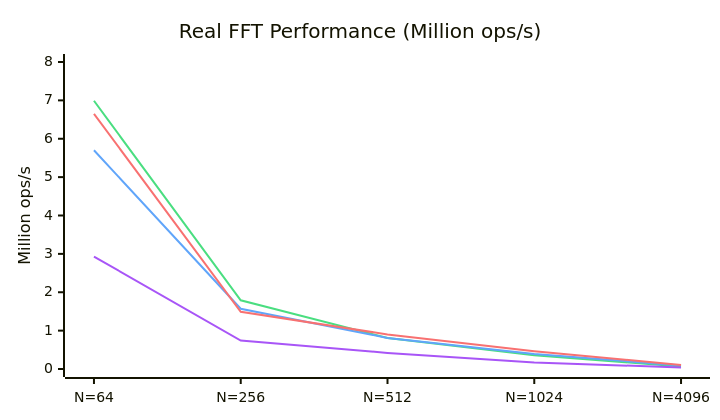
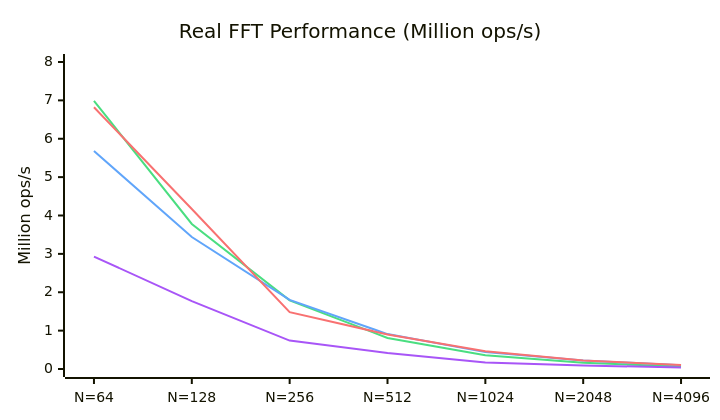
The second of 2 diagrams in README.md (EmNudge/wat-fft), drawn with Mermaid before and after one commit. The commit also changed other lines of this file and 4 other files, not shown here.

````diff
--- a/README.md
+++ b/README.md
@@ -53,19 +59,19 @@
 ```mermaid
 ---
 config:
     xyChart:
         width: 700
         height: 400
     themeVariables:
         xyChart:
             plotColorPalette: "#4ade80, #60a5fa, #f87171, #a855f7"
 ---
 xychart-beta
     title "Real FFT Performance (Million ops/s)"
-    x-axis [N=64, N=256, N=512, N=1024, N=4096]
+    x-axis [N=64, N=128, N=256, N=512, N=1024, N=2048, N=4096]
     y-axis "Million ops/s" 0 --> 8
-    line [6.99, 1.79, 0.81, 0.36, 0.063]
-    line [5.70, 1.57, 0.81, 0.39, 0.093]
-    line [6.65, 1.49, 0.90, 0.46, 0.105]
-    line [2.93, 0.74, 0.42, 0.17, 0.039]
+    line [6.99, 3.78, 1.79, 0.81, 0.36, 0.165, 0.063]
+    line [5.68, 3.44, 1.80, 0.91, 0.44, 0.220, 0.101]
+    line [6.82, 4.17, 1.48, 0.90, 0.46, 0.222, 0.105]
+    line [2.93, 1.77, 0.74, 0.42, 0.17, 0.092, 0.039]
 ```
````
